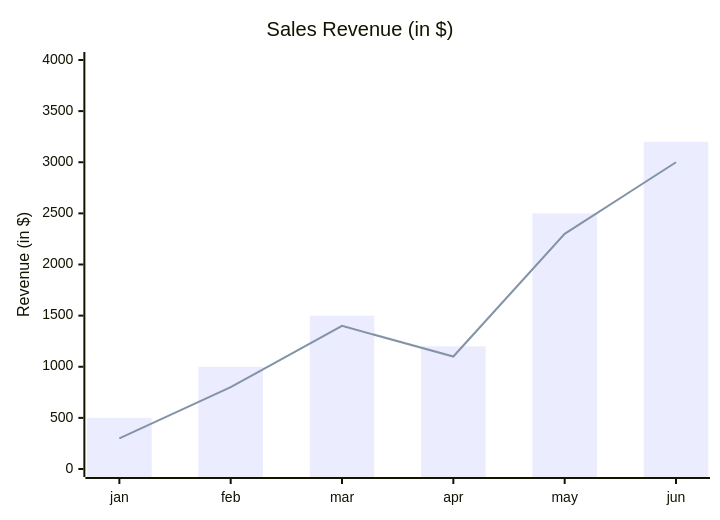
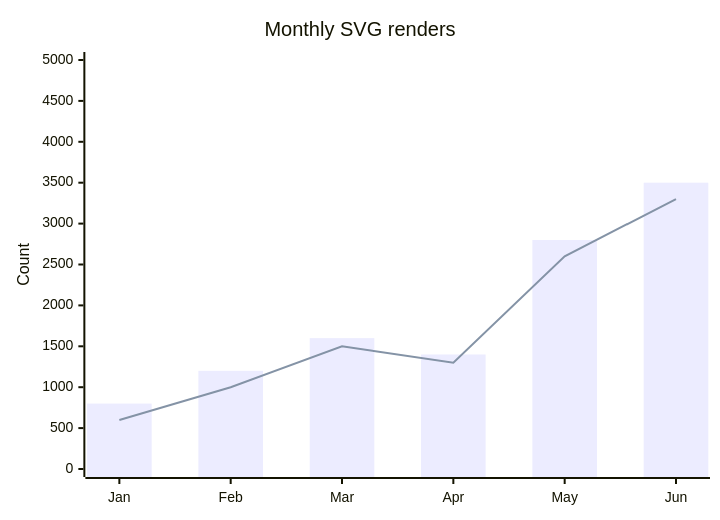
Diagram 19 of 27 in tests/Mermaider.Tests/Fixtures/mermaid.md (nullean/mermaider), drawn with Mermaid before and after one commit. The commit also changed other lines of this file, not shown here.

Commit message:
Rewrite mermaid.md fixture to be Mermaider-focused, remove WinPrint references

````diff
--- a/tests/Mermaider.Tests/Fixtures/mermaid.md
+++ b/tests/Mermaider.Tests/Fixtures/mermaid.md
@@ -271,8 +261,8 @@
 ```mermaid
 xychart-beta
-    title "Sales Revenue (in $)"
-    x-axis [jan, feb, mar, apr, may, jun]
-    y-axis "Revenue (in $)" 0 --> 4000
-    bar [500, 1000, 1500, 1200, 2500, 3200]
-    line [300, 800, 1400, 1100, 2300, 3000]
+    title "Monthly SVG renders"
+    x-axis [Jan, Feb, Mar, Apr, May, Jun]
+    y-axis "Count" 0 --> 5000
+    bar  [800, 1200, 1600, 1400, 2800, 3500]
+    line [600, 1000, 1500, 1300, 2600, 3300]
 ```
````
